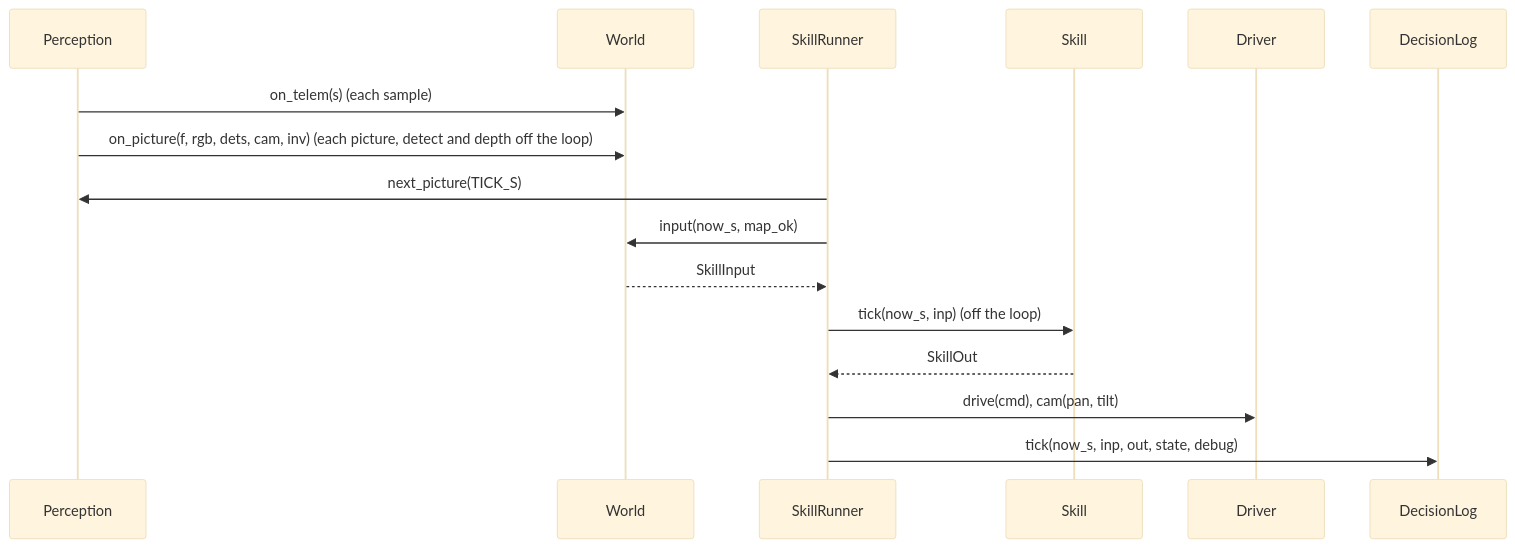
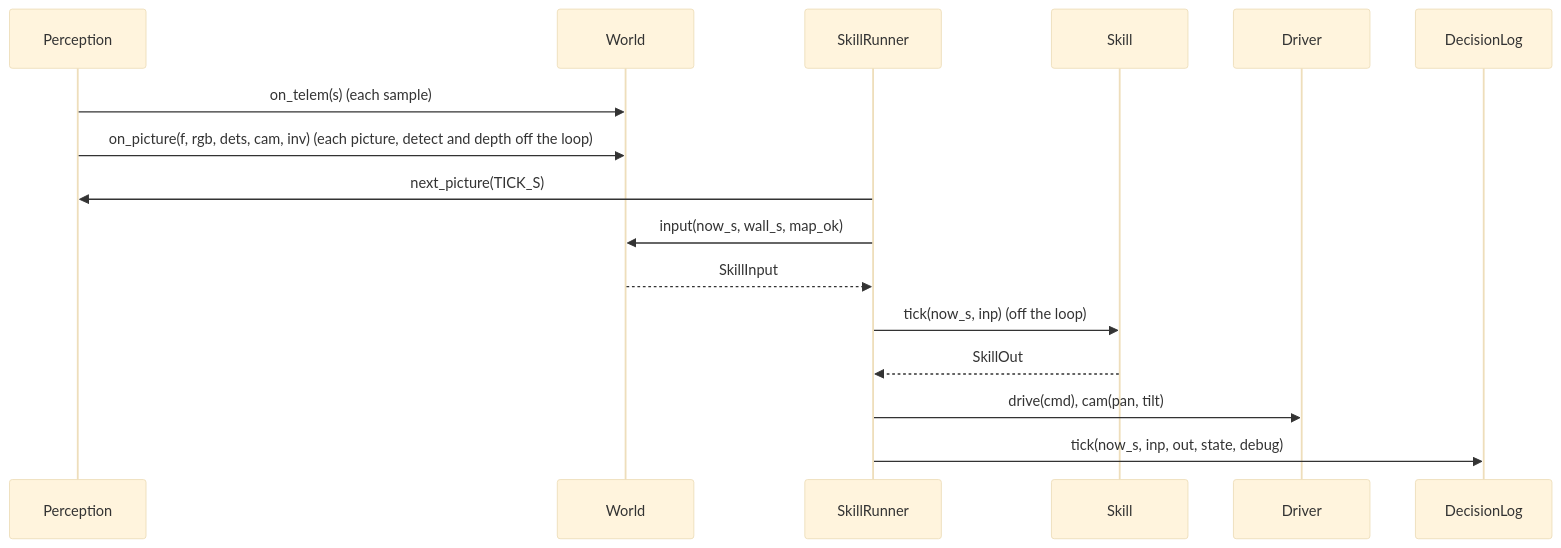
Before and after one commit to mannuray/conqueror: diagram 44 of 44 in docs/lld/ai-engine-lld.md, drawn with Mermaid (base theme). The commit also changed other lines of this file and 1 other file, not shown here.

````diff
--- a/docs/lld/ai-engine-lld.md
+++ b/docs/lld/ai-engine-lld.md
@@ -2273,18 +2273,18 @@
 ```mermaid
 sequenceDiagram
     participant P as Perception
     participant W as World
     participant R as SkillRunner
     participant S as Skill
     participant D as Driver
     participant L as DecisionLog
     P->>W: on_telem(s) (each sample)
     P->>W: on_picture(f, rgb, dets, cam, inv) (each picture, detect and depth off the loop)
     R->>P: next_picture(TICK_S)
-    R->>W: input(now_s, map_ok)
+    R->>W: input(now_s, wall_s, map_ok)
     W-->>R: SkillInput
     R->>S: tick(now_s, inp) (off the loop)
     S-->>R: SkillOut
     R->>D: drive(cmd), cam(pan, tilt)
     R->>L: tick(now_s, inp, out, state, debug)
 ```
````
